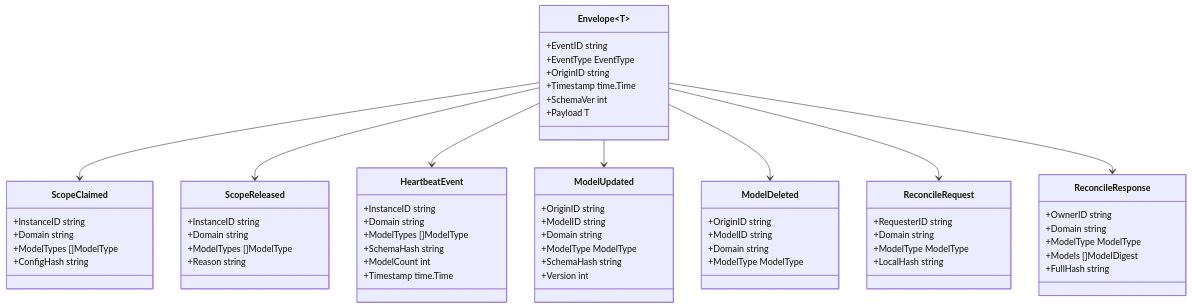
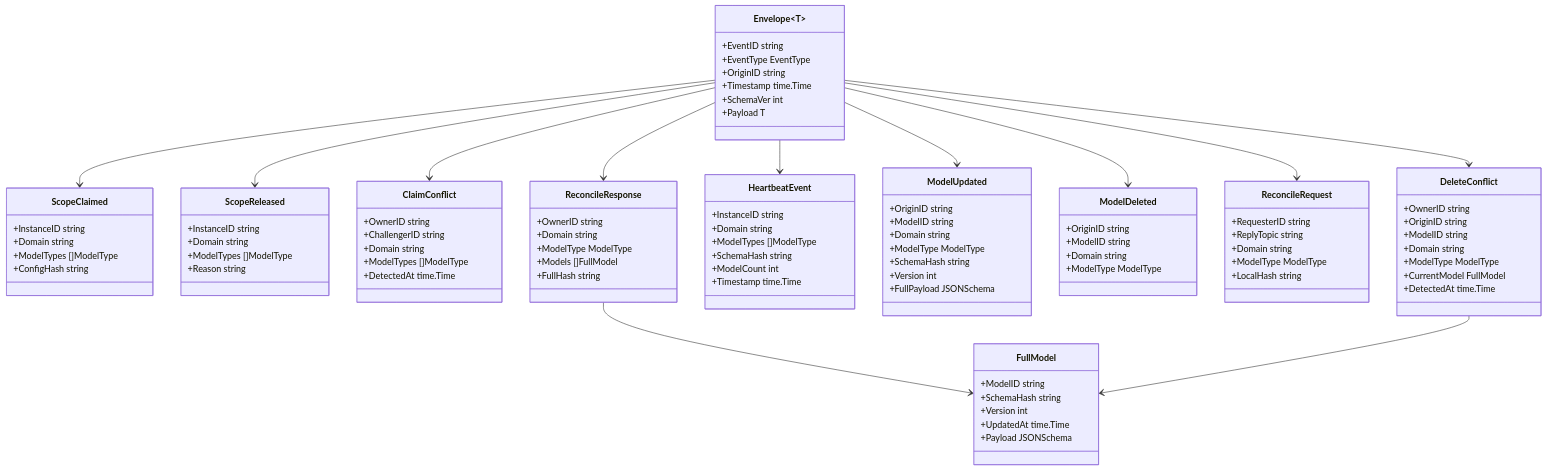
Before and after one commit to emirbh/misc: the eighth of 19 diagrams in data-model-registry/dmr-sync-design.md, drawn with Mermaid. The commit also changed other lines of this file, not shown here.

````diff
--- a/data-model-registry/dmr-sync-design.md
+++ b/data-model-registry/dmr-sync-design.md
@@ -238,6 +340,24 @@
         +Reason      string
     }
 
+    class ClaimConflict {
+        +OwnerID      string
+        +ChallengerID string
+        +Domain       string
+        +ModelTypes   []ModelType
+        +DetectedAt   time.Time
+    }
+
+    class DeleteConflict {
+        +OwnerID      string
+        +OriginID     string
+        +ModelID      string
+        +Domain       string
+        +ModelType    ModelType
+        +CurrentModel FullModel
+        +DetectedAt   time.Time
+    }
+
     class HeartbeatEvent {
         +InstanceID  string
         +Domain      string
@@ -254,35 +374,49 @@
         +ModelType   ModelType
         +SchemaHash  string
         +Version     int
+        +FullPayload JSONSchema
     }
 
     class ModelDeleted {
-        +OriginID    string
-        +ModelID     string
-        +Domain      string
-        +ModelType   ModelType
+        +OriginID  string
+        +ModelID   string
+        +Domain    string
+        +ModelType ModelType
     }
 
     class ReconcileRequest {
         +RequesterID string
+        +ReplyTopic  string
         +Domain      string
         +ModelType   ModelType
         +LocalHash   string
     }
 
     class ReconcileResponse {
-        +OwnerID     string
-        +Domain      string
-        +ModelType   ModelType
-        +Models      []ModelDigest
-        +FullHash    string
+        +OwnerID   string
+        +Domain    string
+        +ModelType ModelType
+        +Models    []FullModel
+        +FullHash  string
+    }
+
+    class FullModel {
+        +ModelID    string
+        +SchemaHash string
+        +Version    int
+        +UpdatedAt  time.Time
+        +Payload    JSONSchema
     }
 
     Envelope~T~ --> ScopeClaimed
     Envelope~T~ --> ScopeReleased
+    Envelope~T~ --> ClaimConflict
+    Envelope~T~ --> DeleteConflict
     Envelope~T~ --> HeartbeatEvent
     Envelope~T~ --> ModelUpdated
     Envelope~T~ --> ModelDeleted
     Envelope~T~ --> ReconcileRequest
     Envelope~T~ --> ReconcileResponse
+    ReconcileResponse --> FullModel
+    DeleteConflict --> FullModel
 ```
````
